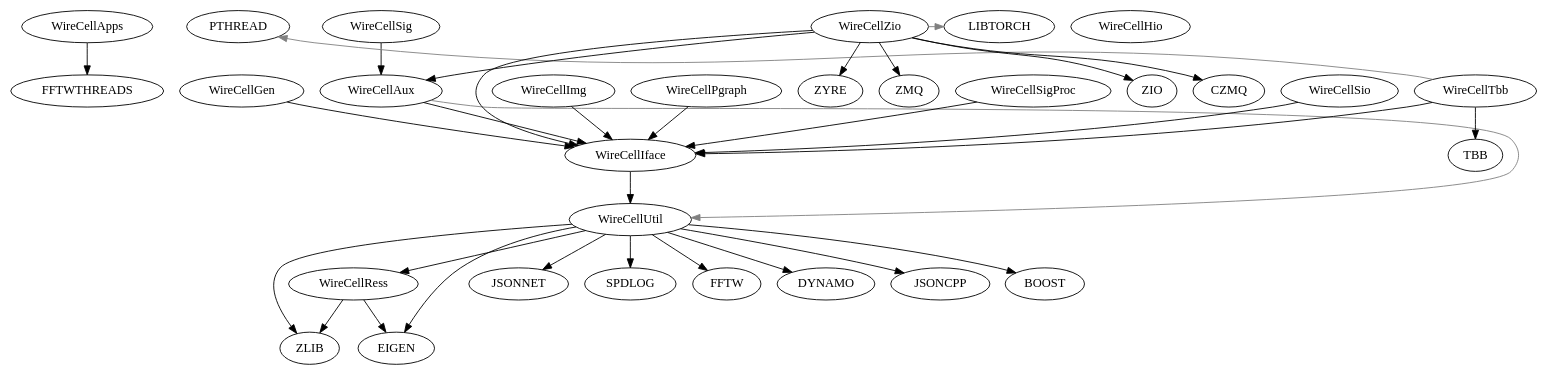
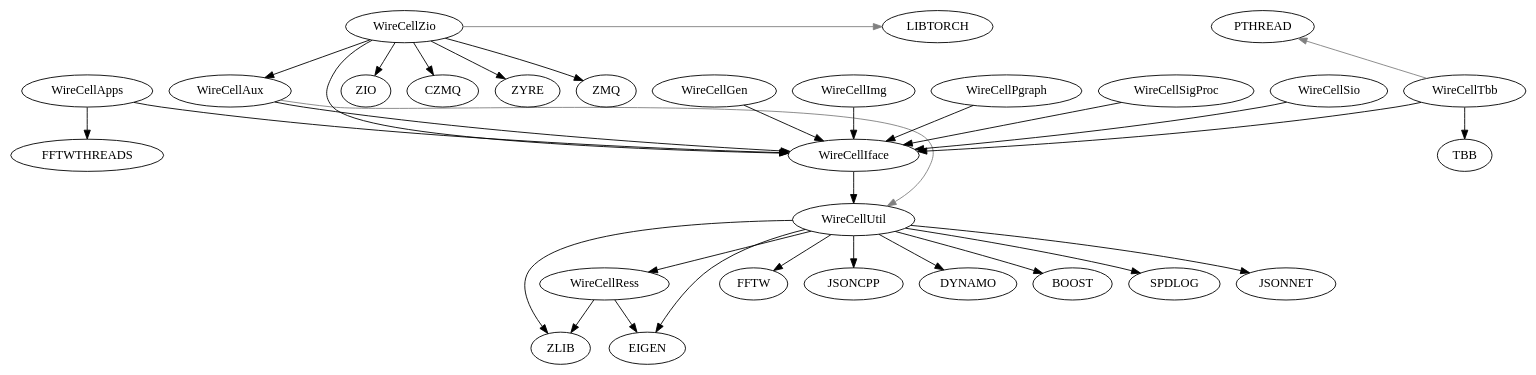
One commit to zhihuadong/wire-cell-toolkit changed the diagram in wct-deps.dot. Above: the diagram before and after it, drawn with Graphviz. The commit also changed 3 other files, not shown here.

Commit message:
Restore domo client component from WireCell's master branch

```diff
--- a/wct-deps.dot
+++ b/wct-deps.dot
@@ -1,39 +1,45 @@
 digraph deps {
 	"WireCellApps";
 	"WireCellAux";
 	"WireCellGen";
-	"WireCellSig";
-	"WireCellHio";
+	"WireCellIface";
+	"WireCellImg";
+	"WireCellPgraph";
+	"WireCellRess";
+	"WireCellSigProc";
+	"WireCellSio";
+	"WireCellTbb";
 	"WireCellUtil";
-	"WireCellSig" -> "WireCellAux"[color="black"];
+	"WireCellZio";
 	"WireCellApps" -> "FFTWTHREADS"[color="black"];
+	"WireCellApps" -> "WireCellIface"[color="black"];
 	"WireCellAux" -> "WireCellIface"[color="black"];
 	"WireCellAux" -> "WireCellUtil"[color="gray",constraint=false];
 	"WireCellGen" -> "WireCellIface"[color="black"];
 	"WireCellIface" -> "WireCellUtil"[color="black"];
 	"WireCellImg" -> "WireCellIface"[color="black"];
 	"WireCellPgraph" -> "WireCellIface"[color="black"];
 	"WireCellRess" -> "ZLIB"[color="black"];
 	"WireCellRess" -> "EIGEN"[color="black"];
 	"WireCellSigProc" -> "WireCellIface"[color="black"];
 	"WireCellSio" -> "WireCellIface"[color="black"];
+	"WireCellTbb" -> "TBB"[color="black"];
 	"WireCellTbb" -> "WireCellIface"[color="black"];
-	"WireCellTbb" -> "TBB"[color="black"];
 	"WireCellTbb" -> "PTHREAD"[color="gray",constraint=false];
-	"WireCellUtil" -> "JSONNET"[color="black"];
-	"WireCellUtil" -> "SPDLOG"[color="black"];
+	"WireCellUtil" -> "FFTW"[color="black"];
+	"WireCellUtil" -> "JSONCPP"[color="black"];
+	"WireCellUtil" -> "DYNAMO"[color="black"];
+	"WireCellUtil" -> "BOOST"[color="black"];
 	"WireCellUtil" -> "EIGEN"[color="black"];
 	"WireCellUtil" -> "WireCellRess"[color="black"];
-	"WireCellUtil" -> "FFTW"[color="black"];
 	"WireCellUtil" -> "ZLIB"[color="black"];
-	"WireCellUtil" -> "DYNAMO"[color="black"];
-	"WireCellUtil" -> "JSONCPP"[color="black"];
-	"WireCellUtil" -> "BOOST"[color="black"];
+	"WireCellUtil" -> "SPDLOG"[color="black"];
+	"WireCellUtil" -> "JSONNET"[color="black"];
+	"WireCellZio" -> "ZIO"[color="black"];
+	"WireCellZio" -> "WireCellIface"[color="black"];
 	"WireCellZio" -> "WireCellAux"[color="black"];
+	"WireCellZio" -> "CZMQ"[color="black"];
 	"WireCellZio" -> "ZYRE"[color="black"];
 	"WireCellZio" -> "ZMQ"[color="black"];
-	"WireCellZio" -> "ZIO"[color="black"];
-	"WireCellZio" -> "WireCellIface"[color="black"];
-	"WireCellZio" -> "CZMQ"[color="black"];
 	"WireCellZio" -> "LIBTORCH"[color="gray",constraint=false];
 }
```
